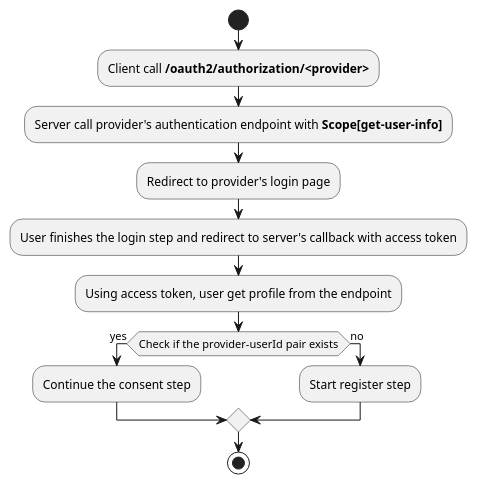
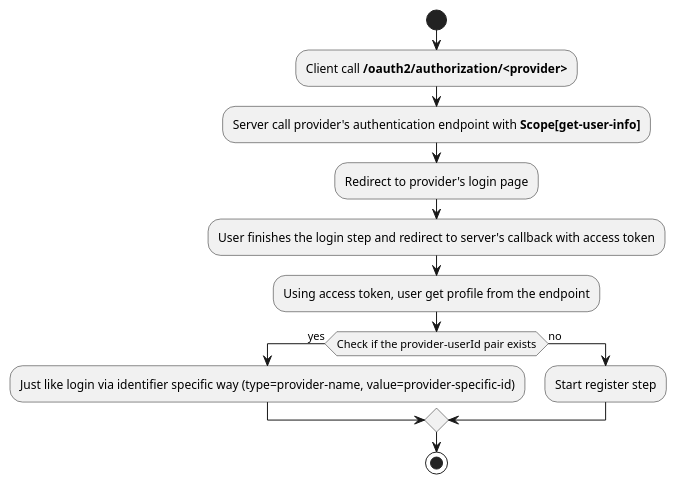
The fourth of 5 diagrams in docs/docs/design.md (alices-wonderland/doorknob), drawn with PlantUML before and after one commit. The commit also changed other lines of this file and 1 other file, not shown here.

Commit message:
Unify external linkage with general identifier

```diff
--- a/docs/docs/design.md
+++ b/docs/docs/design.md
@@ -117,14 +117,14 @@
 @startuml
 start
 :Client call **/oauth2/authorization/<provider>**;
 :Server call provider's authentication endpoint with **Scope[get-user-info]**;
 :Redirect to provider's login page;
 :User finishes the login step and redirect to server's callback with access token;
 :Using access token, user get profile from the endpoint;
   if (Check if the provider-userId pair exists) then (yes)
-    :Continue the consent step;
+    :Just like login via identifier specific way (type=provider-name, value=provider-specific-id);
   else (no)
     :Start register step;
   endif
 stop
 @enduml
```
